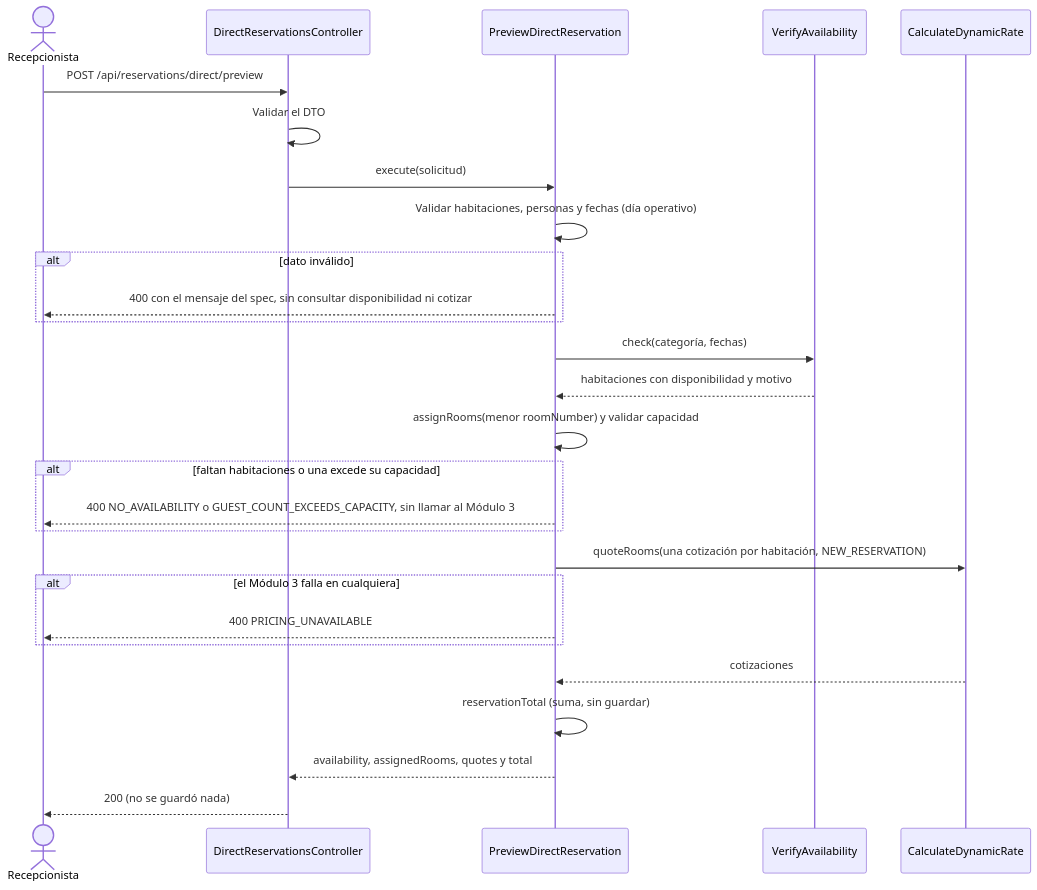
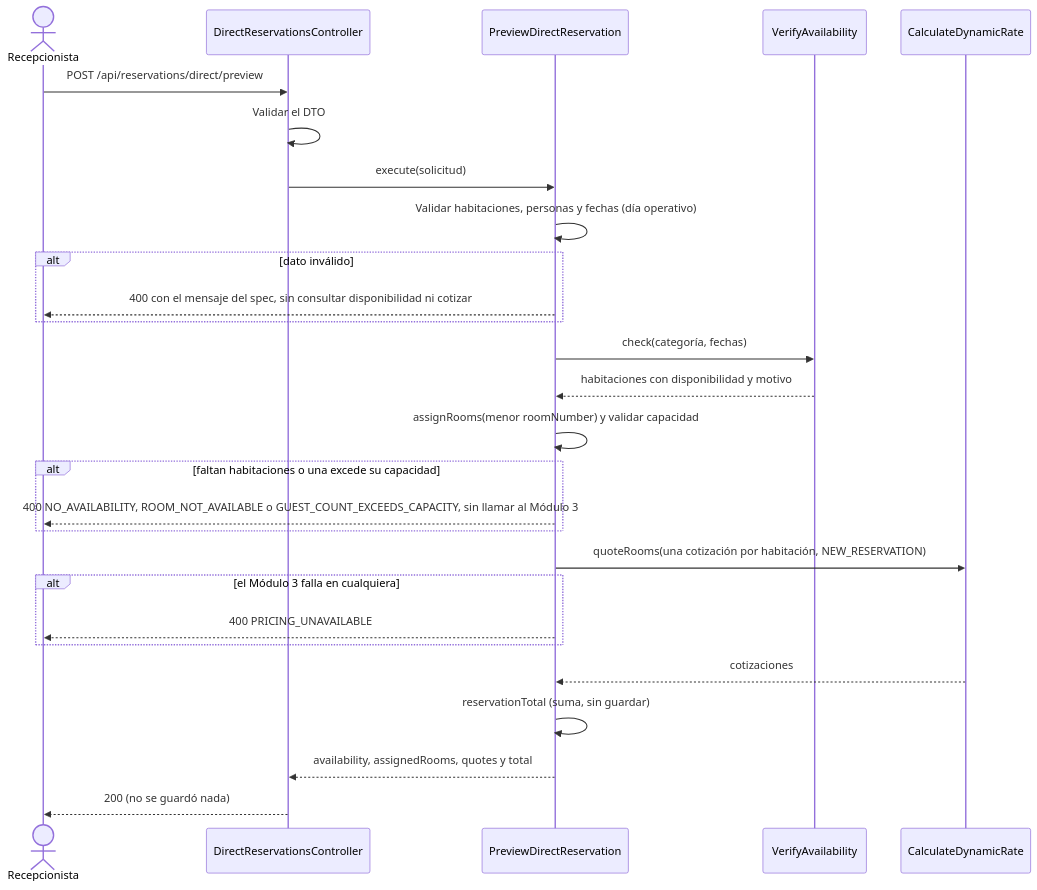
Before and after one commit to Lapicero312-lapi/HOSPITUA-MOD-2: the first of 3 diagrams in specs/generate-direct-reservation/plan.md, drawn with Mermaid. The commit also changed other lines of this file and 14 other files, not shown here.

````diff
--- a/specs/generate-direct-reservation/plan.md
+++ b/specs/generate-direct-reservation/plan.md
@@ -308,30 +308,30 @@
 ```mermaid
 sequenceDiagram
     actor R as Recepcionista
     participant C as DirectReservationsController
     participant U as PreviewDirectReservation
     participant V as VerifyAvailability
     participant Q as CalculateDynamicRate
 
     R->>C: POST /api/reservations/direct/preview
     C->>C: Validar el DTO
     C->>U: execute(solicitud)
     U->>U: Validar habitaciones, personas y fechas (día operativo)
     alt dato inválido
         U-->>R: 400 con el mensaje del spec, sin consultar disponibilidad ni cotizar
     end
     U->>V: check(categoría, fechas)
     V-->>U: habitaciones con disponibilidad y motivo
     U->>U: assignRooms(menor roomNumber) y validar capacidad
     alt faltan habitaciones o una excede su capacidad
-        U-->>R: 400 NO_AVAILABILITY o GUEST_COUNT_EXCEEDS_CAPACITY, sin llamar al Módulo 3
+        U-->>R: 400 NO_AVAILABILITY, ROOM_NOT_AVAILABLE o GUEST_COUNT_EXCEEDS_CAPACITY, sin llamar al Módulo 3
     end
     U->>Q: quoteRooms(una cotización por habitación, NEW_RESERVATION)
     alt el Módulo 3 falla en cualquiera
         U-->>R: 400 PRICING_UNAVAILABLE
     end
     Q-->>U: cotizaciones
     U->>U: reservationTotal (suma, sin guardar)
     U-->>C: availability, assignedRooms, quotes y total
     C-->>R: 200 (no se guardó nada)
 ```
````
